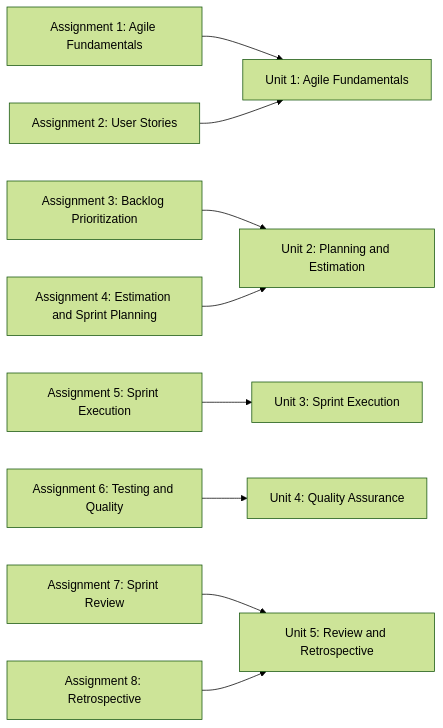
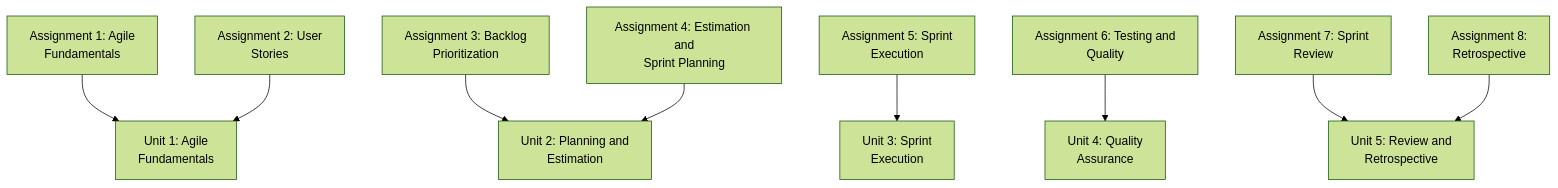
The first of 2 diagrams in 02-Semester-VI/CS-371-VSC-P-Agile-Processes/Overview.md (amitdevx/TY), drawn with Mermaid (forest theme) before and after one commit. The commit also changed other lines of this file and 65 other files, not shown here.

Commit message:
fix:graph vertical

````diff
--- a/02-Semester-VI/CS-371-VSC-P-Agile-Processes/Overview.md
+++ b/02-Semester-VI/CS-371-VSC-P-Agile-Processes/Overview.md
@@ -70,11 +70,11 @@
 ```mermaid
-graph LR
-    A1[Assignment 1: Agile Fundamentals] --> U1[Unit 1: Agile Fundamentals]
-    A2[Assignment 2: User Stories] --> U1
-    A3[Assignment 3: Backlog Prioritization] --> U2[Unit 2: Planning and Estimation]
-    A4[Assignment 4: Estimation and Sprint Planning] --> U2
-    A5[Assignment 5: Sprint Execution] --> U3[Unit 3: Sprint Execution]
-    A6[Assignment 6: Testing and Quality] --> U4[Unit 4: Quality Assurance]
-    A7[Assignment 7: Sprint Review] --> U5[Unit 5: Review and Retrospective]
-    A8[Assignment 8: Retrospective] --> U5
+graph TD
+    A1[Assignment 1: Agile<br/>Fundamentals] --> U1[Unit 1: Agile<br/>Fundamentals]
+    A2[Assignment 2: User<br/>Stories] --> U1
+    A3[Assignment 3: Backlog<br/>Prioritization] --> U2[Unit 2: Planning and<br/>Estimation]
+    A4[Assignment 4: Estimation and<br/>Sprint Planning] --> U2
+    A5[Assignment 5: Sprint<br/>Execution] --> U3[Unit 3: Sprint<br/>Execution]
+    A6[Assignment 6: Testing and<br/>Quality] --> U4[Unit 4: Quality<br/>Assurance]
+    A7[Assignment 7: Sprint<br/>Review] --> U5[Unit 5: Review and<br/>Retrospective]
+    A8[Assignment 8:<br/>Retrospective] --> U5
 ```
````
